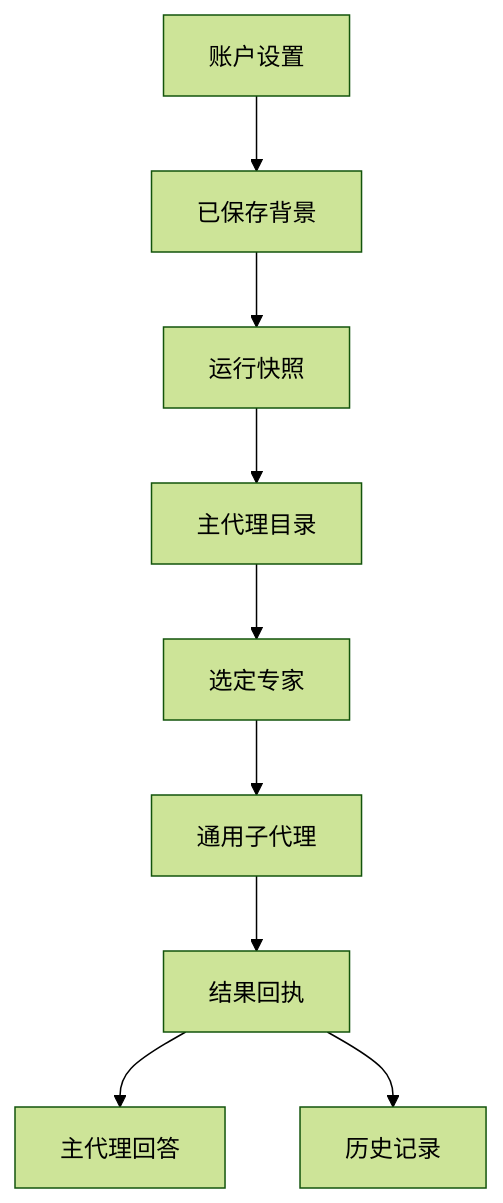
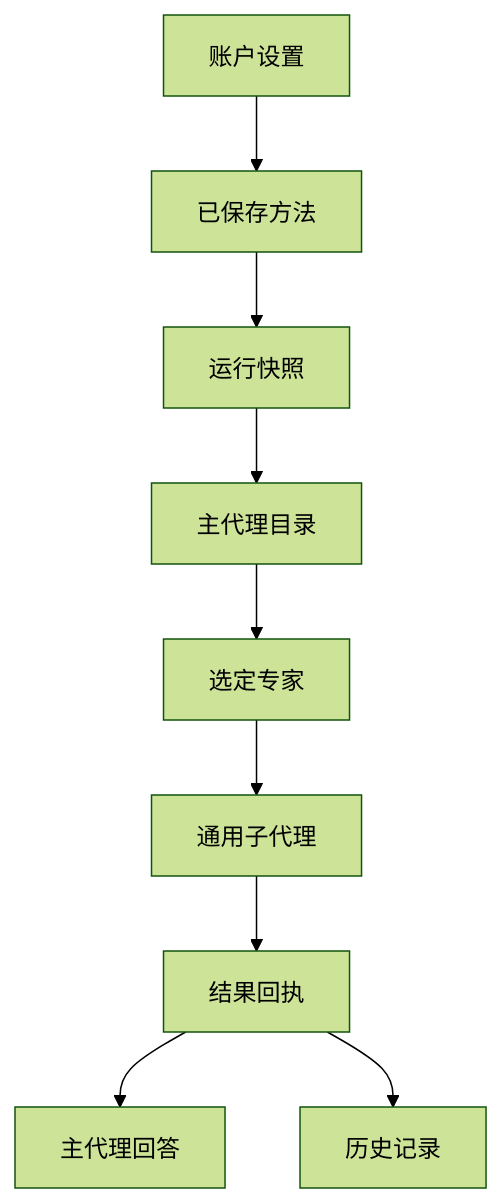
One commit to hpoenixf/eff-agent-article changed the diagram in articles/agent-custom-expert-from-prompt-to-recovery.md. Above: the diagram before and after it, drawn with Mermaid (forest theme). The commit also changed other lines of this file and 47 other files, not shown here.

````diff
--- a/articles/agent-custom-expert-from-prompt-to-recovery.md
+++ b/articles/agent-custom-expert-from-prompt-to-recovery.md
@@ -73,11 +75,11 @@
 ```mermaid
 graph TD
-AccountSettings["账户设置"] --> SavedProfile["已保存背景"]
+AccountSettings["账户设置"] --> SavedProfile["已保存方法"]
 SavedProfile --> RunSnapshot["运行快照"]
 RunSnapshot --> MainCatalog["主代理目录"]
 MainCatalog --> SelectedExpert["选定专家"]
 SelectedExpert --> GeneralChild["通用子代理"]
 GeneralChild --> ResultReceipt["结果回执"]
 ResultReceipt --> MainAnswer["主代理回答"]
 ResultReceipt --> History["历史记录"]
 ```
````
